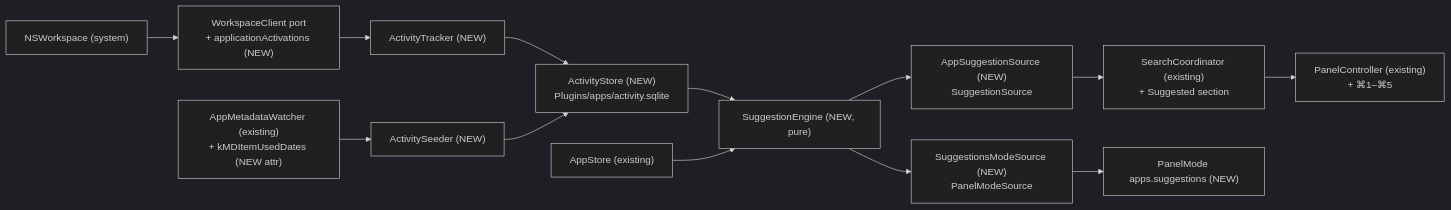
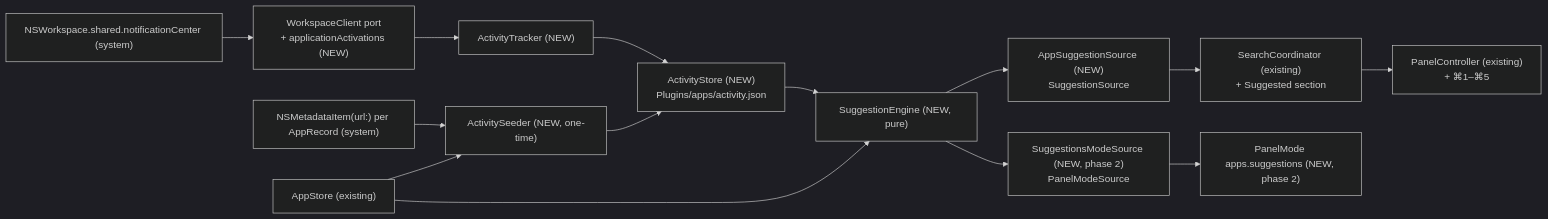
One commit to mjozefiak/Pounce changed the first of 2 diagrams in .ai/specs/2026-11-01-app-suggestions.md. Above: the diagram before and after it, drawn with Mermaid (dark theme). The commit also changed other lines of this file and 1 other file, not shown here.

First line of the commit message:
docs(spec): address review of app suggestions spec

````diff
--- a/.ai/specs/2026-11-01-app-suggestions.md
+++ b/.ai/specs/2026-11-01-app-suggestions.md
@@ -50,15 +56,16 @@
 ```mermaid
 flowchart LR
-    ws["NSWorkspace (system)"] --> wc["WorkspaceClient port<br/>+ applicationActivations (NEW)"]
+    ws["NSWorkspace.shared.notificationCenter (system)"] --> wc["WorkspaceClient port<br/>+ applicationActivations (NEW)"]
     wc --> tr["ActivityTracker (NEW)"]
-    md["AppMetadataWatcher (existing)<br/>+ kMDItemUsedDates (NEW attr)"] --> sd["ActivitySeeder (NEW)"]
-    tr --> st["ActivityStore (NEW)<br/>Plugins/apps/activity.sqlite"]
+    mdi["NSMetadataItem(url:) per AppRecord (system)"] --> sd["ActivitySeeder (NEW, one-time)"]
+    as["AppStore (existing)"] --> sd
+    tr --> st["ActivityStore (NEW)<br/>Plugins/apps/activity.json"]
     sd --> st
     st --> en["SuggestionEngine (NEW, pure)"]
-    as["AppStore (existing)"] --> en
+    as --> en
     en --> ss["AppSuggestionSource (NEW)<br/>SuggestionSource"]
-    en --> ms["SuggestionsModeSource (NEW)<br/>PanelModeSource"]
+    en --> ms["SuggestionsModeSource (NEW, phase 2)<br/>PanelModeSource"]
     ss --> sc["SearchCoordinator (existing)<br/>+ Suggested section"]
-    ms --> pm["PanelMode apps.suggestions (NEW)"]
+    ms --> pm["PanelMode apps.suggestions (NEW, phase 2)"]
     sc --> pc["PanelController (existing)<br/>+ ⌘1–⌘5"]
 ```
````
